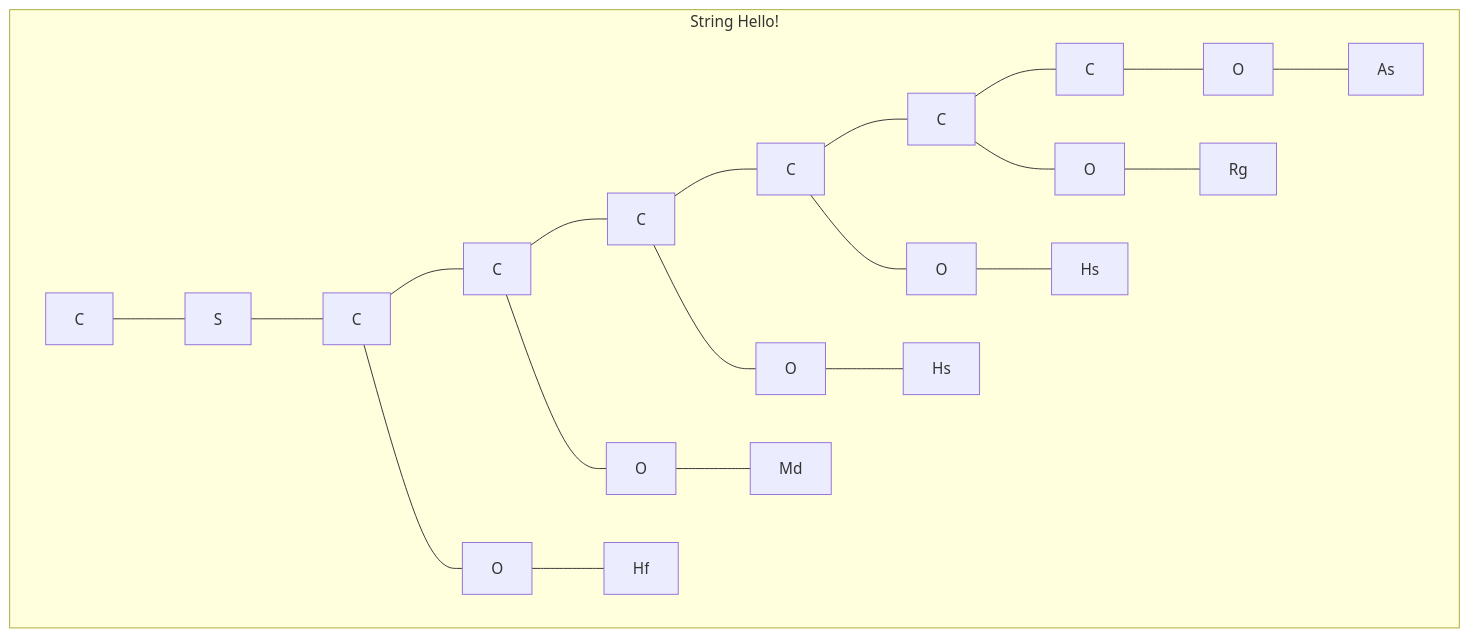
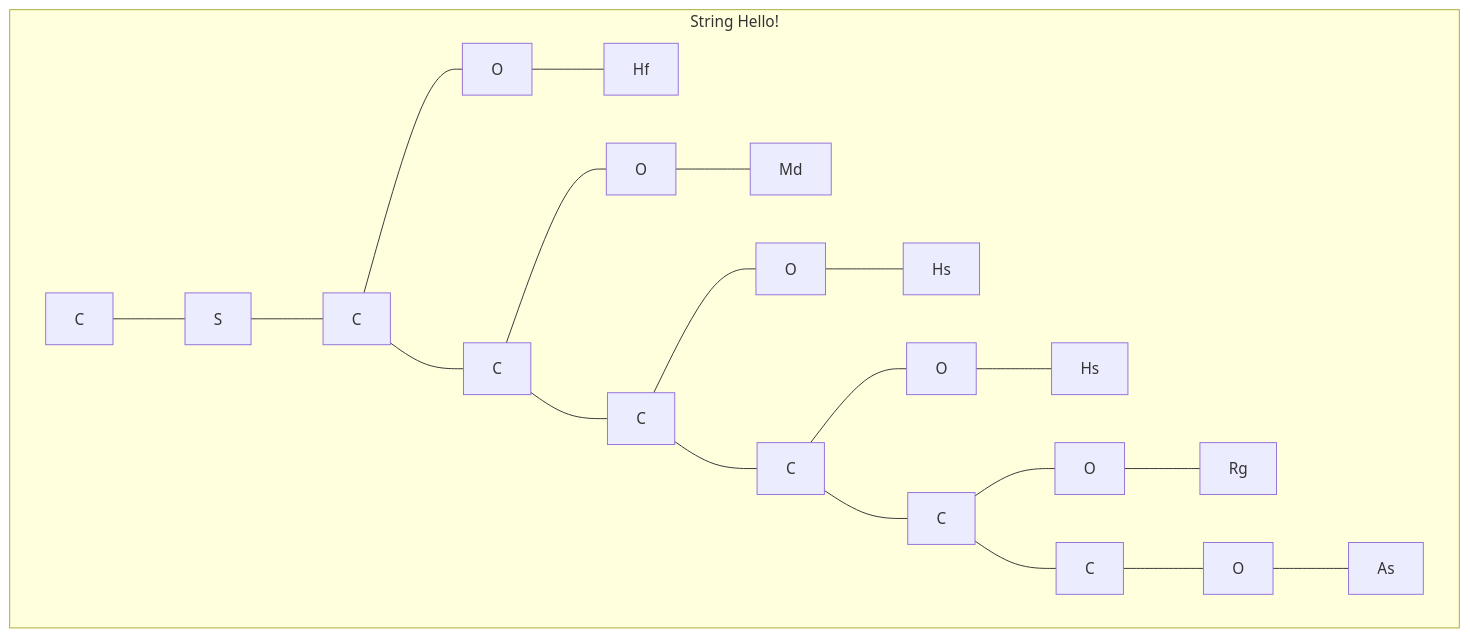
One commit to bigyihsuan/EsotericReaction changed the seventh of 7 diagrams in README.md. Above: the diagram before and after it, drawn with Mermaid. The commit also changed other lines of this file and 10 other files, not shown here.

````diff
--- a/README.md
+++ b/README.md
@@ -170,13 +115,13 @@
 ```mermaid
-graph TB
+graph TD
 subgraph string [String Hello!]
 %% [72, 101, 108, 108, 111, 33]
-c[C] --- s[S] --- cs0[C] --- cs1[C] --- cs2[C] --- cs3[C] --- cs4[C] --- cs5[C]
-cs0 --- o0[O] --- hf[Hf]
-cs1 --- o1[O] --- md[Md]
+cs5 --- o5[O] --- as[As]
+cs4 --- o4[O] --- rg[Rg]
 cs2 --- o2[O] --- hs0[Hs]
 cs3 --- o3[O] --- hs1[Hs]
-cs4 --- o4[O] --- rg[Rg]
-cs5 --- o5[O] --- as[As]
+cs1 --- o1[O] --- md[Md]
+cs0 --- o0[O] --- hf[Hf]
+c[C] --- s[S] --- cs0[C] --- cs1[C] --- cs2[C] --- cs3[C] --- cs4[C] --- cs5[C]
 end
 ```
````
